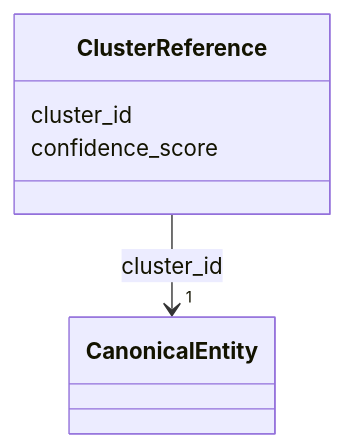
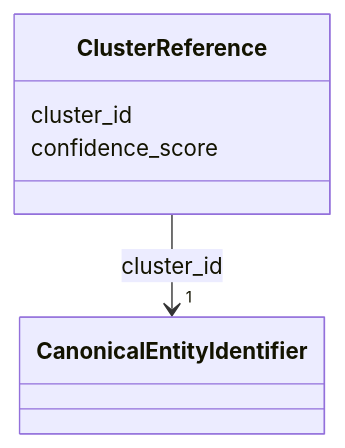
One commit to meaningfy-ws/entity-resolution-spec changed the diagram in docs/schema/ClusterReference.md. Above: the diagram before and after it, drawn with Mermaid. The commit also changed other lines of this file and 18 other files, not shown here.

Commit message:
fix: use CanonicalEntityIdentifier class because it only stores a common id

````diff
--- a/docs/schema/ClusterReference.md
+++ b/docs/schema/ClusterReference.md
@@ -32,19 +32,19 @@
 ```mermaid
  classDiagram
     class ClusterReference
     click ClusterReference href "../ClusterReference/"
       ClusterReference : cluster_id
         
           
     
         
         
-        ClusterReference --> "1" CanonicalEntity : cluster_id
-        click CanonicalEntity href "../CanonicalEntity/"
+        ClusterReference --> "1" CanonicalEntityIdentifier : cluster_id
+        click CanonicalEntityIdentifier href "../CanonicalEntityIdentifier/"
     
 
         
       ClusterReference : confidence_score
         
       
 ```
````
